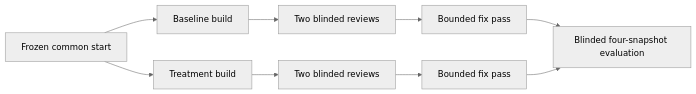
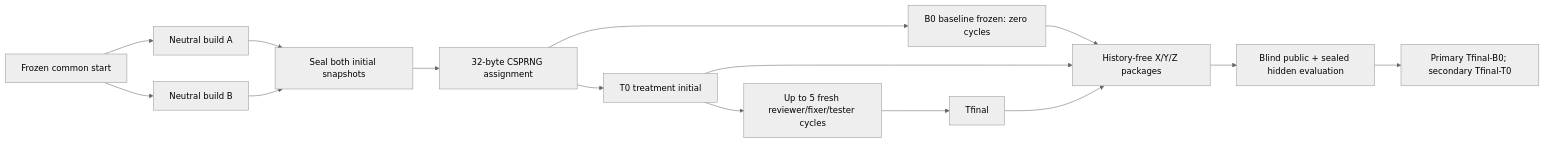
One commit to GhostlyGawd/build-review-loop-test changed the diagram in README.md. Above: the diagram before and after it, drawn with Mermaid (neutral theme). The commit also changed other lines of this file and 32 other files, not shown here.

````diff
--- a/README.md
+++ b/README.md
@@ -30,11 +31,17 @@
 ```mermaid
 flowchart LR
-  S[Frozen common start] --> B[Baseline build]
-  S --> T[Treatment build]
-  B --> RB[Two blinded reviews]
-  T --> RT[Two blinded reviews]
-  RB --> FB[Bounded fix pass]
-  RT --> FT[Bounded fix pass]
-  FB --> E[Blinded four-snapshot evaluation]
-  FT --> E
+  S[Frozen common start] --> A[Neutral build A]
+  S --> C[Neutral build B]
+  A --> Z[Seal both initial snapshots]
+  C --> Z
+  Z --> R[32-byte CSPRNG assignment]
+  R --> B[B0 baseline frozen: zero cycles]
+  R --> T[T0 treatment initial]
+  T --> L[Up to 5 fresh reviewer/fixer/tester cycles]
+  L --> F[Tfinal]
+  B --> P[History-free X/Y/Z packages]
+  T --> P
+  F --> P
+  P --> E[Blind public + sealed hidden evaluation]
+  E --> O[Primary Tfinal-B0; secondary Tfinal-T0]
 ```
````
